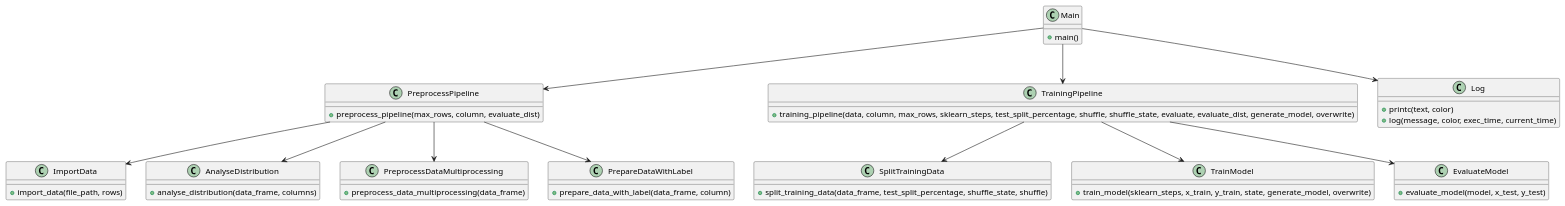
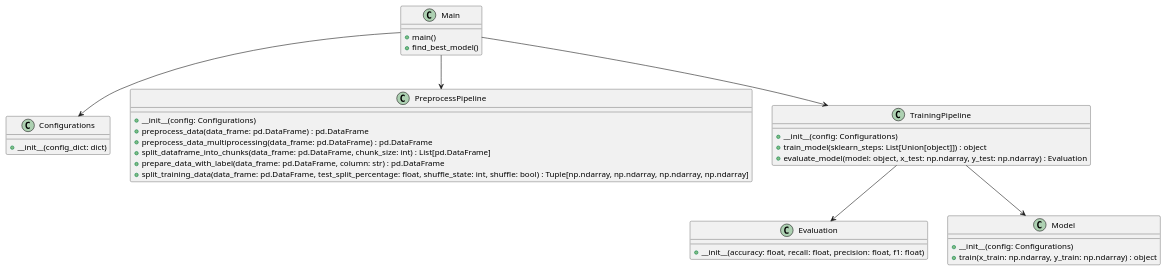
Before and after one commit to FriederikeWeilbeer/Blog-Author-Classification: the diagram in diagrams/class_v2.puml, drawn with PlantUML. The commit also changed 2 other files, not shown here.

Commit message:
worked on a clas diagram and improved the flowchart

```diff
--- a/diagrams/class_v2.puml
+++ b/diagrams/class_v2.puml
@@ -1,57 +1,42 @@
 @startuml
+
 class Main {
-  +main()
+  + main()
+  + find_best_model()
+}
+
+class Configurations {
+  + __init__(config_dict: dict)
 }
 
 class PreprocessPipeline {
-  +preprocess_pipeline(max_rows, column, evaluate_dist)
+  + __init__(config: Configurations)
+  + preprocess_data(data_frame: pd.DataFrame) : pd.DataFrame
+  + preprocess_data_multiprocessing(data_frame: pd.DataFrame) : pd.DataFrame
+  + split_dataframe_into_chunks(data_frame: pd.DataFrame, chunk_size: int) : List[pd.DataFrame]
+  + prepare_data_with_label(data_frame: pd.DataFrame, column: str) : pd.DataFrame
+  + split_training_data(data_frame: pd.DataFrame, test_split_percentage: float, shuffle_state: int, shuffle: bool) : Tuple[np.ndarray, np.ndarray, np.ndarray, np.ndarray]
 }
 
 class TrainingPipeline {
-  +training_pipeline(data, column, max_rows, sklearn_steps, test_split_percentage, shuffle, shuffle_state, evaluate, evaluate_dist, generate_model, overwrite)
+  + __init__(config: Configurations)
+  + train_model(sklearn_steps: List[Union[object]]) : object
+  + evaluate_model(model: object, x_test: np.ndarray, y_test: np.ndarray) : Evaluation
 }
 
-class Log {
-  +printc(text, color)
-  +log(message, color, exec_time, current_time)
+class Evaluation {
+  + __init__(accuracy: float, recall: float, precision: float, f1: float)
 }
 
-class ImportData {
-  +import_data(file_path, rows)
+class Model {
+  + __init__(config: Configurations)
+  + train(x_train: np.ndarray, y_train: np.ndarray) : object
 }
 
-class AnalyseDistribution {
-  +analyse_distribution(data_frame, columns)
-}
-
-class PreprocessDataMultiprocessing {
-  +preprocess_data_multiprocessing(data_frame)
-}
-
-class PrepareDataWithLabel {
-  +prepare_data_with_label(data_frame, column)
-}
-
-class SplitTrainingData {
-  +split_training_data(data_frame, test_split_percentage, shuffle_state, shuffle)
-}
-
-class TrainModel {
-  +train_model(sklearn_steps, x_train, y_train, state, generate_model, overwrite)
-}
-
-class EvaluateModel {
-  +evaluate_model(model, x_test, y_test)
-}
-
+Main --> Configurations
 Main --> PreprocessPipeline
 Main --> TrainingPipeline
-Main --> Log
-PreprocessPipeline --> ImportData
-PreprocessPipeline --> AnalyseDistribution
-PreprocessPipeline --> PrepareDataWithLabel
-PreprocessPipeline --> PreprocessDataMultiprocessing
-TrainingPipeline --> SplitTrainingData
-TrainingPipeline --> TrainModel
-TrainingPipeline --> EvaluateModel
+TrainingPipeline --> Model
+TrainingPipeline --> Evaluation
+
 @enduml
```
